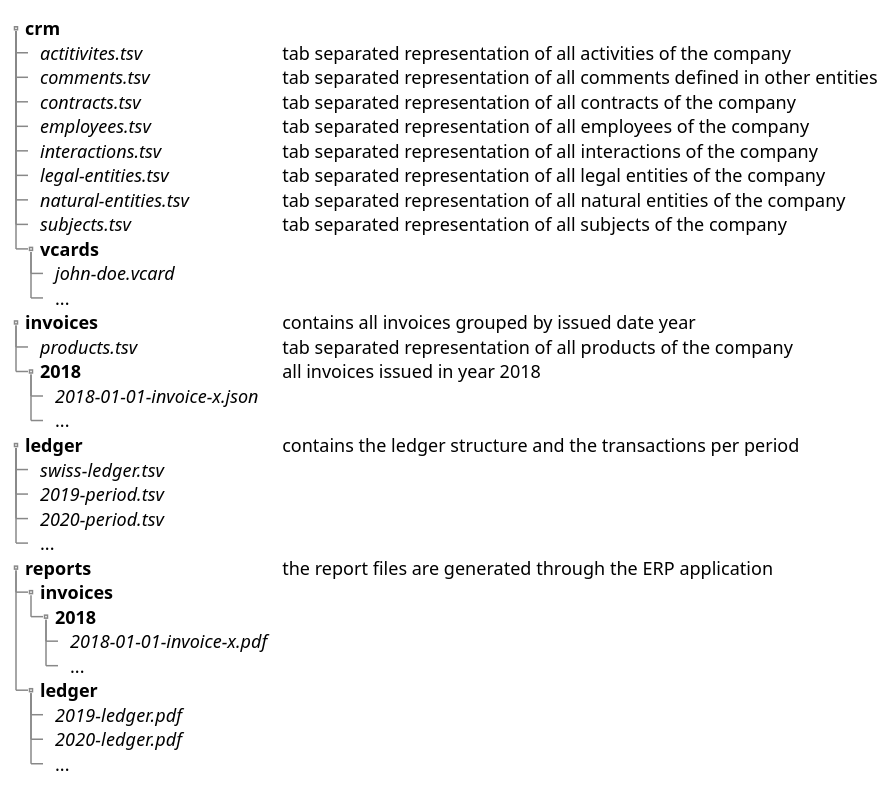
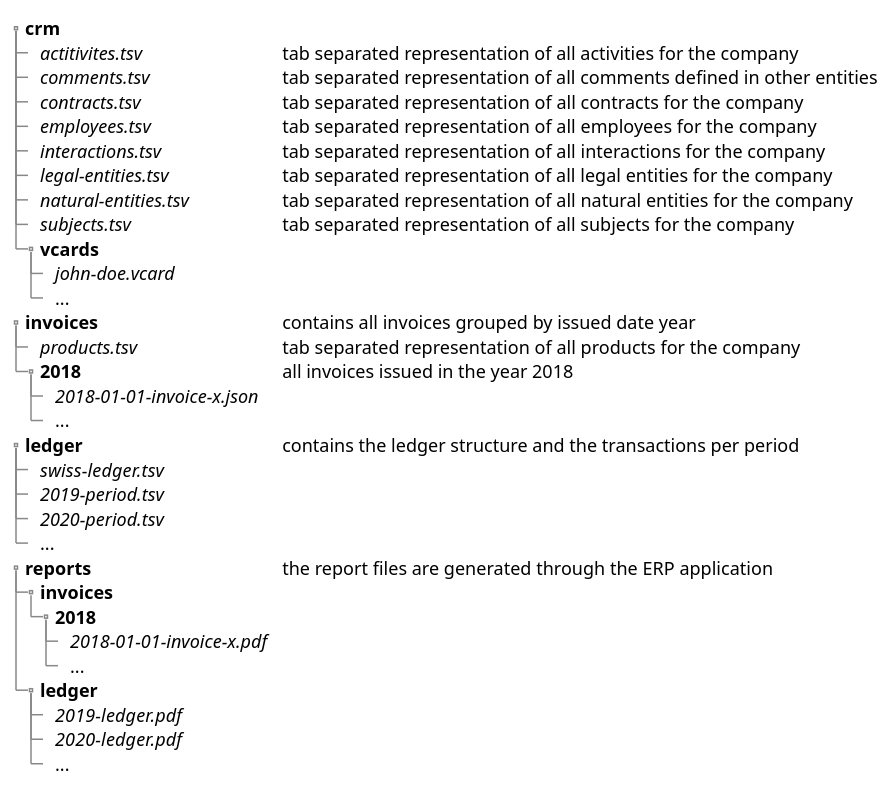
The second of 3 diagrams in net.tangly.ui/src/site/design.adoc (tangly-team/tangly-os), drawn with PlantUML before and after one commit. The commit also changed 18 other files, not shown here.

```diff
--- a/net.tangly.ui/src/site/design.adoc
+++ b/net.tangly.ui/src/site/design.adoc
@@ -64,41 +64,41 @@
 [plantuml, folder-structure-erp, svg]
 ....
 @startuml
     salt
     {
         {T
         + **crm**
-        ++ //actitivites.tsv//       | tab separated representation of all activities of the company
+        ++ //actitivites.tsv//       | tab separated representation of all activities for the company
         ++ //comments.tsv//          | tab separated representation of all comments defined in other entities
-        ++ //contracts.tsv//         | tab separated representation of all contracts of the company
-        ++ //employees.tsv//         | tab separated representation of all employees of the company
-        ++ //interactions.tsv//      | tab separated representation of all interactions of the company
-        ++ //legal-entities.tsv//    | tab separated representation of all legal entities of the company
-        ++ //natural-entities.tsv//  | tab separated representation of all natural entities of the company
-        ++ //subjects.tsv//          | tab separated representation of all subjects of the company
+        ++ //contracts.tsv//         | tab separated representation of all contracts for the company
+        ++ //employees.tsv//         | tab separated representation of all employees for the company
+        ++ //interactions.tsv//      | tab separated representation of all interactions for the company
+        ++ //legal-entities.tsv//    | tab separated representation of all legal entities for the company
+        ++ //natural-entities.tsv//  | tab separated representation of all natural entities for the company
+        ++ //subjects.tsv//          | tab separated representation of all subjects for the company
         ++ **vcards**
         +++ //john-doe.vcard//
         +++ ...
         + **invoices**               | contains all invoices grouped by issued date year
-        ++ //products.tsv//          | tab separated representation of all products of the company
-        ++ **2018**                  | all invoices issued in year 2018
+        ++ //products.tsv//          | tab separated representation of all products for the company
+        ++ **2018**                  | all invoices issued in the year 2018
         +++ //2018-01-01-invoice-x.json//
         +++ ...
         + **ledger**                | contains the ledger structure and the transactions per period
         ++ //swiss-ledger.tsv//
         ++ //2019-period.tsv//
         ++ //2020-period.tsv//
         ++ ...
         + **reports**               | the report files are generated through the ERP application
         ++ **invoices**
         +++ **2018**
         ++++ //2018-01-01-invoice-x.pdf//
         ++++ ...
         ++ **ledger**
         +++ //2019-ledger.pdf//
         +++ //2020-ledger.pdf//
         +++ ...
         }
     }
 @enduml
 ....
```
